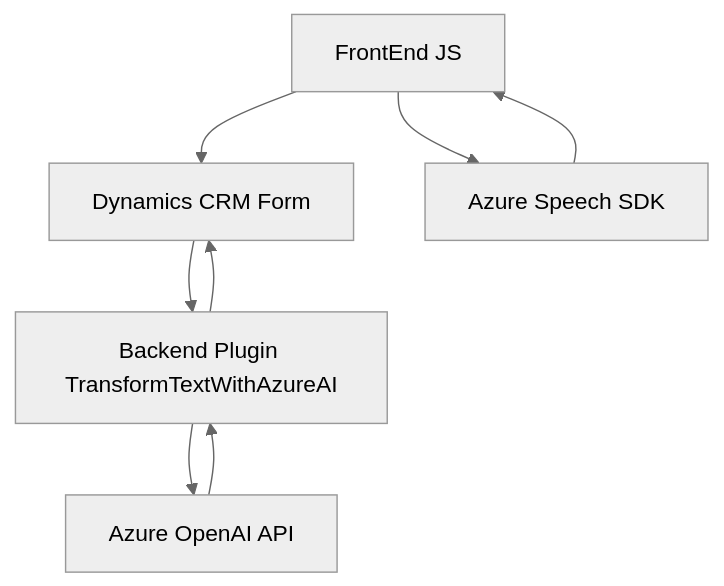
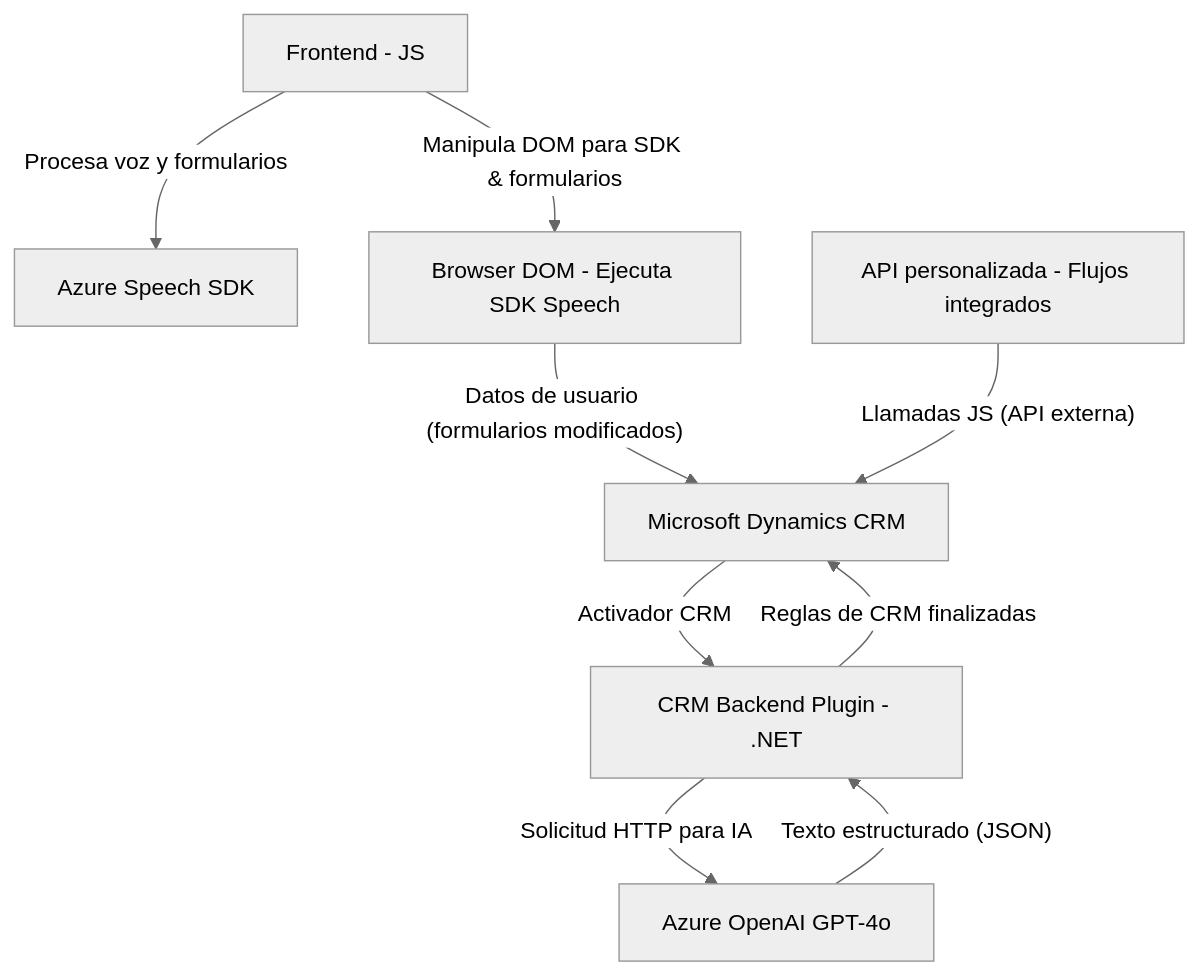
Before and after one commit to blopezdm/NETCORE_BILBAO2025: the diagram in README.md, drawn with Mermaid (neutral theme). The commit also changed other lines of this file, not shown here.

````diff
--- a/README.md
+++ b/README.md
@@ -52,16 +44,19 @@
 ```mermaid
 graph TD
-    A["FrontEnd JS"]
-    B["Backend Plugin TransformTextWithAzureAI"]
-    C["Dynamics CRM Form"]
-    D["Azure Speech SDK"]
-    E["Azure OpenAI API"]
+    A["Frontend - JS"]
+    B["Azure Speech SDK"]
+    C["Browser DOM - Ejecuta SDK Speech"]
+    D["CRM Backend Plugin - .NET"]
+    E["API personalizada - Flujos integrados"]
+    F["Azure OpenAI GPT-4o"]
+    G["Microsoft Dynamics CRM"]
 
-    A --> C
-    A --> D
-    C --> B
-    B --> E
-    B --> C
-    D --> A
-    E --> B
+    A --"Procesa voz y formularios"--> B
+    A --"Manipula DOM para SDK & formularios"--> C
+    C --"Datos de usuario (formularios modificados)"--> G
+    G --"Activador CRM"--> D
+    D --"Solicitud HTTP para IA"--> F
+    F --"Texto estructurado (JSON)"--> D
+    D --"Reglas de CRM finalizadas"--> G
+    E --"Llamadas JS (API externa)"--> G 
 ```
````
